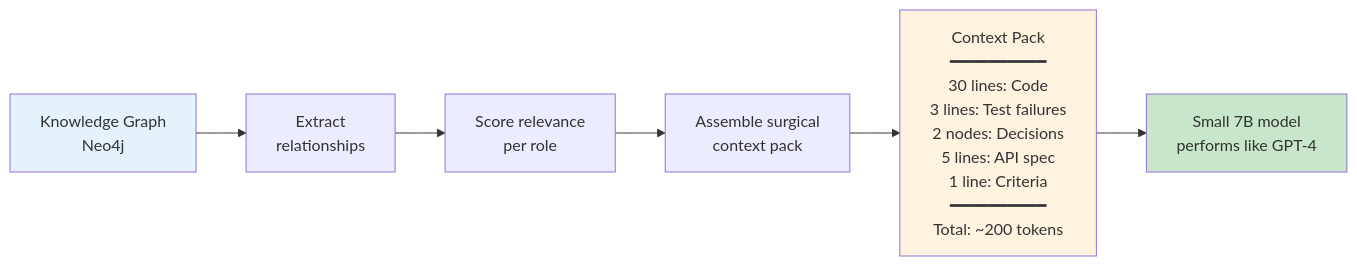
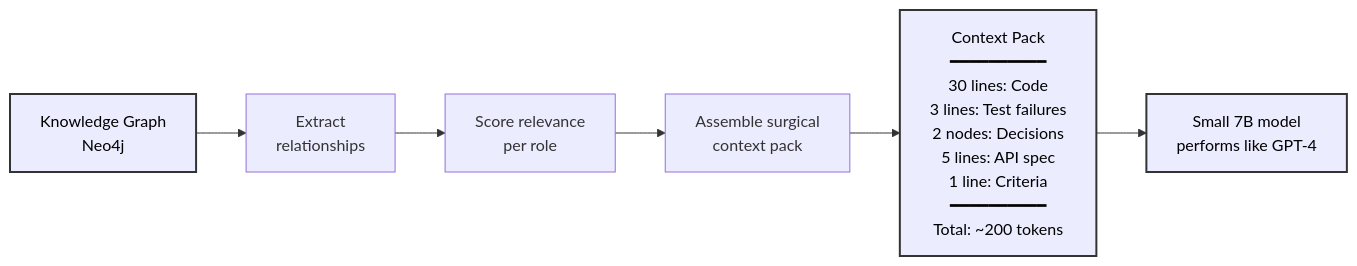
The second of 6 diagrams in README.md (underpass-ai/swe-ai-fleet), drawn with Mermaid before and after one commit. The commit also changed other lines of this file and 17 other files, not shown here.

````diff
--- a/README.md
+++ b/README.md
@@ -127,14 +127,14 @@
 ```mermaid
 graph LR
     KG[Knowledge Graph<br/>Neo4j] --> EXT[Extract<br/>relationships]
     EXT --> SCORE[Score relevance<br/>per role]
     SCORE --> PACK[Assemble surgical<br/>context pack]
 
     PACK --> CP[Context Pack<br/>━━━━━━━━━━<br/>30 lines: Code<br/>3 lines: Test failures<br/>2 nodes: Decisions<br/>5 lines: API spec<br/>1 line: Criteria<br/>━━━━━━━━━━<br/>Total: ~200 tokens]
 
     CP --> RESULT[Small 7B model<br/>performs like GPT-4]
 
-    style KG fill:#e3f2fd
-    style CP fill:#fff3e0
-    style RESULT fill:#c8e6c9
+    style KG stroke:#333,color:#000,stroke-width:2px
+    style CP stroke:#333,color:#000,stroke-width:2px
+    style RESULT stroke:#333,color:#000,stroke-width:2px
 ```
````
